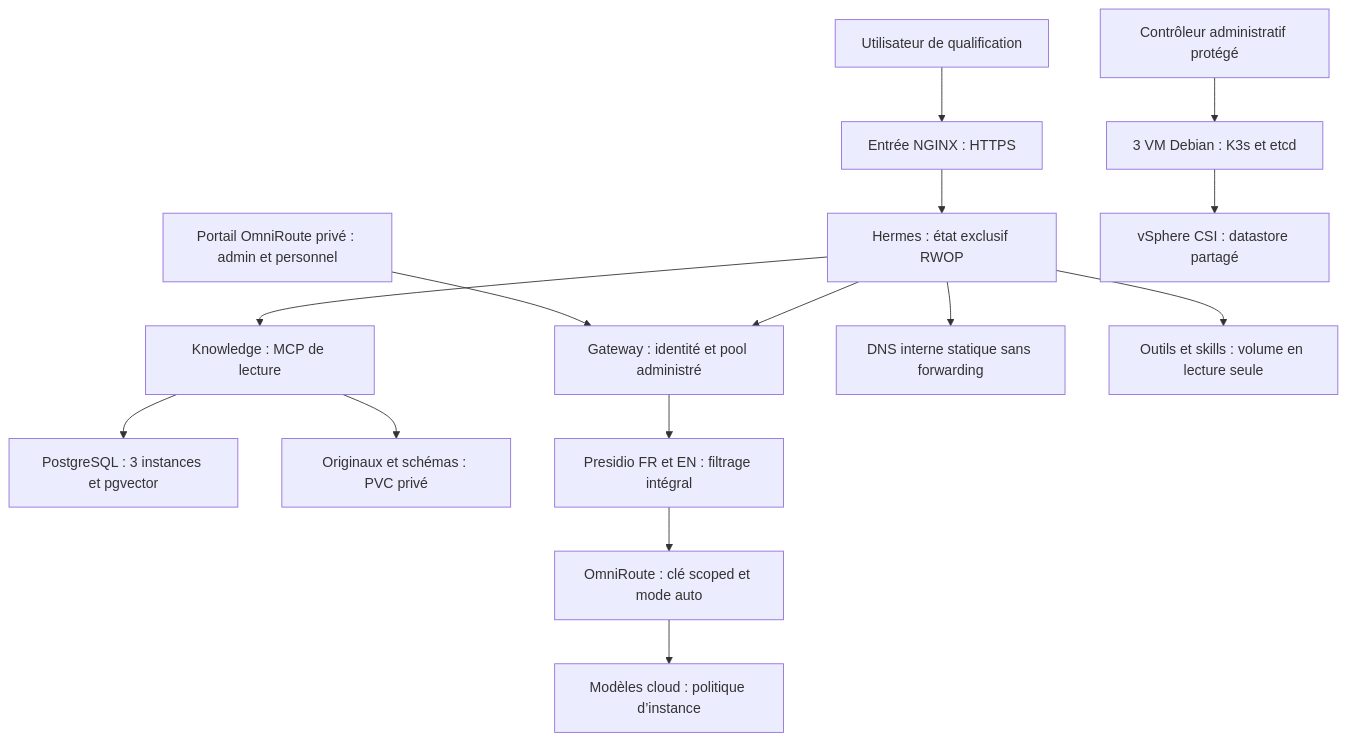
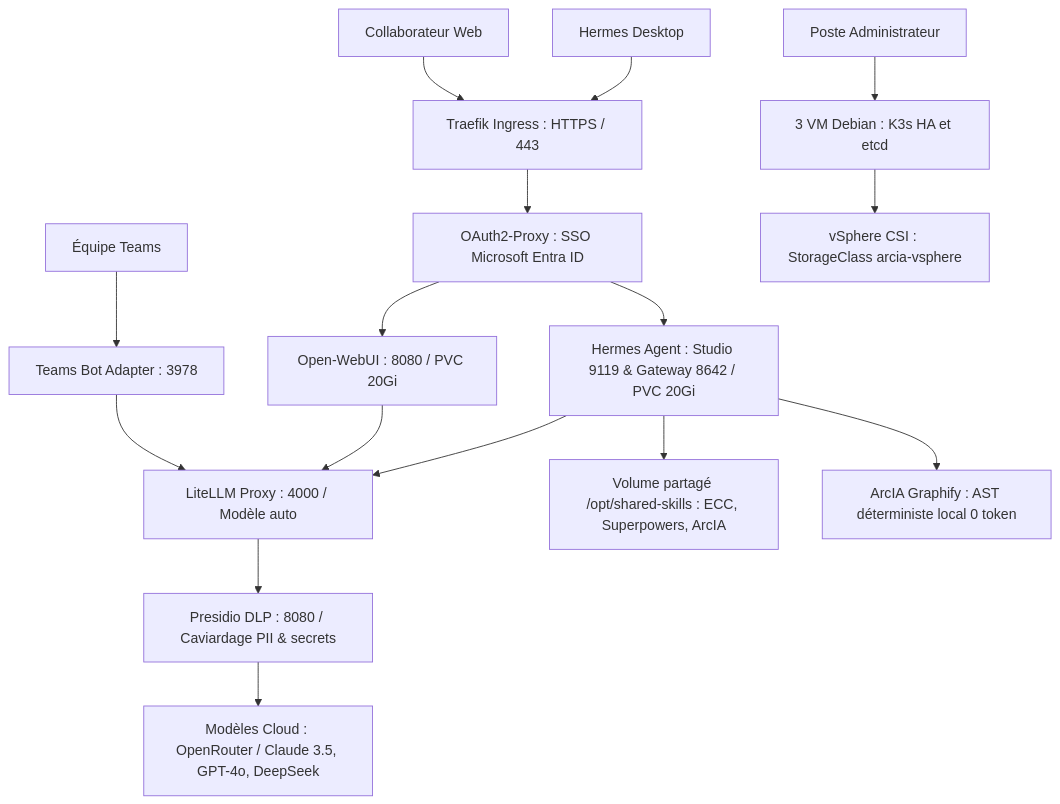
Before and after one commit to nicolastheuil/ArcIA: the first of 5 diagrams in docs/schemas-plateforme-hermes.md, drawn with Mermaid. The commit also changed other lines of this file and 46 other files, not shown here.

````diff
--- a/docs/schemas-plateforme-hermes.md
+++ b/docs/schemas-plateforme-hermes.md
@@ -7,17 +7,18 @@
 ```mermaid
 flowchart TB
-  U[Utilisateur de qualification] --> TLS[Entrée NGINX : HTTPS]
-  TLS --> H[Hermes : état exclusif RWOP]
-  H --> K[Knowledge : MCP de lecture]
-  K --> PG[PostgreSQL : 3 instances et pgvector]
-  K --> O[Originaux et schémas : PVC privé]
-  H --> G[Gateway : identité et pool administré]
-  G --> P[Presidio FR et EN : filtrage intégral]
-  P --> R[OmniRoute : clé scoped et mode auto]
-  R --> C[Modèles cloud : politique d’instance]
-  LAN[Portail OmniRoute privé : admin et personnel] --> G
-  H --> DNS[DNS interne statique sans forwarding]
-  H --> T[Outils et skills : volume en lecture seule]
-  ADMIN[Contrôleur administratif protégé] --> K3S[3 VM Debian : K3s et etcd]
-  K3S --> CSI[vSphere CSI : datastore partagé]
+  U[Collaborateur Web] --> TR[Traefik Ingress : HTTPS / 443]
+  T[Équipe Teams] --> TB[Teams Bot Adapter : 3978]
+  D[Hermes Desktop] --> TR
+  TR --> FA[OAuth2-Proxy : SSO Microsoft Entra ID]
+  FA --> W[Open-WebUI : 8080 / PVC 20Gi]
+  FA --> H[Hermes Agent : Studio 9119 & Gateway 8642 / PVC 20Gi]
+  TB --> L
+  W --> L[LiteLLM Proxy : 4000 / Modèle auto]
+  H --> L
+  H --> SK[Volume partagé /opt/shared-skills : ECC, Superpowers, ArcIA]
+  H --> GF[ArcIA Graphify : AST déterministe local 0 token]
+  L --> P[Presidio DLP : 8080 / Caviardage PII & secrets]
+  P --> C[Modèles Cloud : OpenRouter / Claude 3.5, GPT-4o, DeepSeek]
+  ADMIN[Poste Administrateur] --> K3S[3 VM Debian : K3s HA et etcd]
+  K3S --> CSI[vSphere CSI : StorageClass arcia-vsphere]
 ```
````
